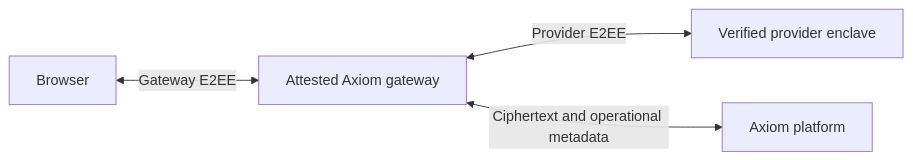
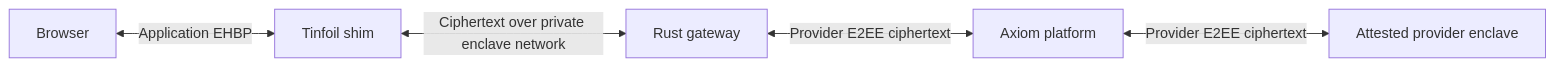
The diagram in docs/architecture.md (astrea-foundation/axiom-web-gateway), drawn with Mermaid before and after one commit. The commit also changed other lines of this file and 54 other files, not shown here.

Commit message:
Migrate gateway runtime and verification to Tinfoil Containers

````diff
--- a/docs/architecture.md
+++ b/docs/architecture.md
@@ -28,6 +8,7 @@
 ```mermaid
 flowchart LR
-    Browser <-->|Gateway E2EE| Gateway[Attested Axiom gateway]
-    Gateway <-->|Provider E2EE| Provider[Verified provider enclave]
-    Gateway <-->|Ciphertext and operational metadata| Backend[Axiom platform]
+    Browser <-->|Application EHBP| Shim[Tinfoil shim]
+    Shim <-->|Ciphertext over private enclave network| Gateway[Rust gateway]
+    Gateway <-->|Provider E2EE ciphertext| Backend[Axiom platform]
+    Backend <-->|Provider E2EE ciphertext| Provider[Attested provider enclave]
 ```
````
